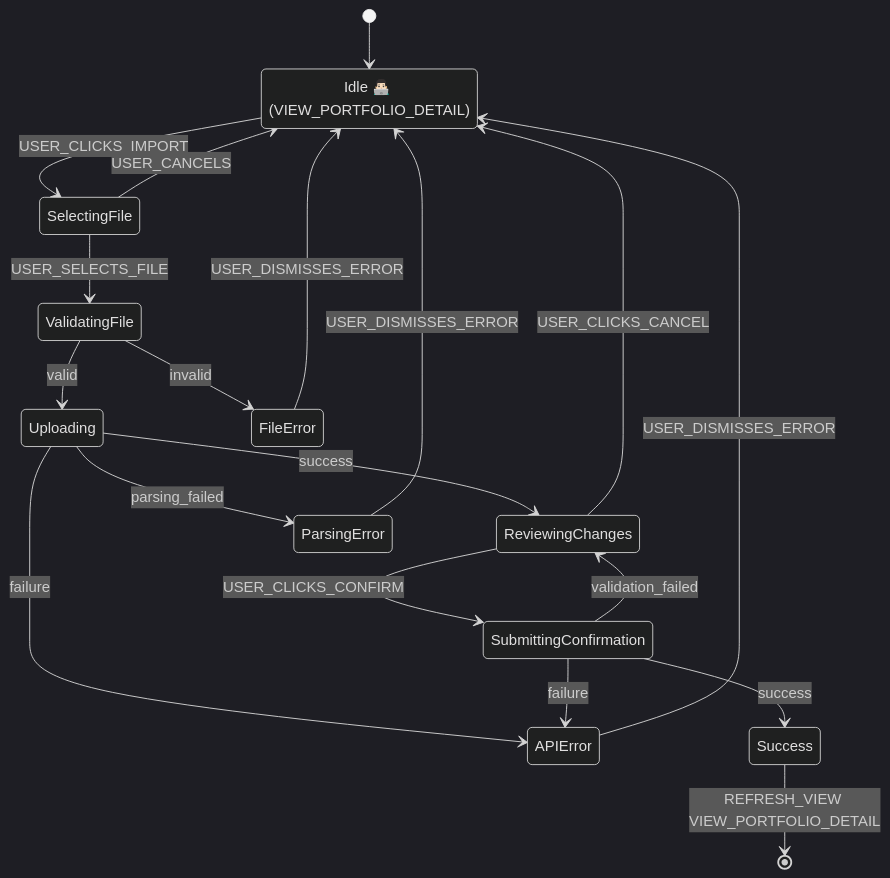
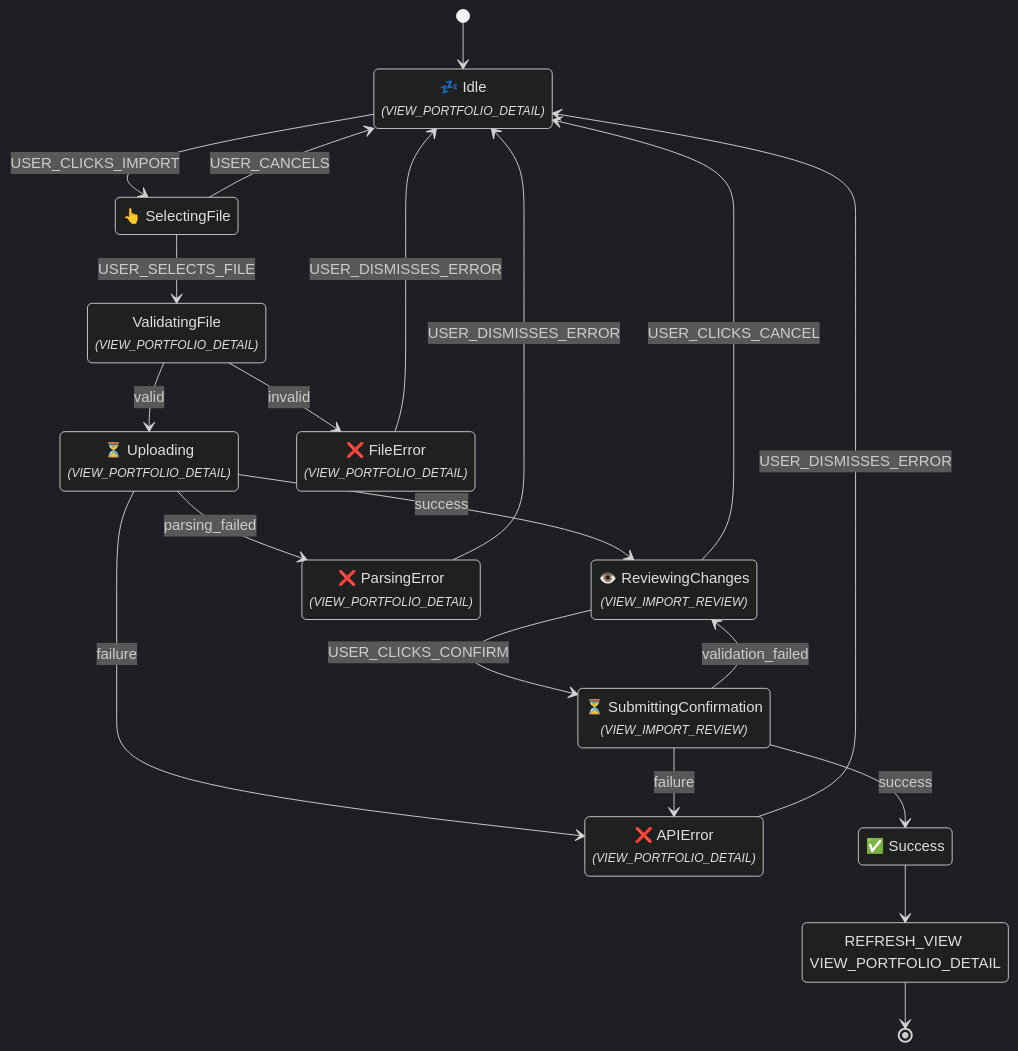
Diagram 11 of 21 in docs/ui_flow_diagrams.md (enzhao/Sentinel), drawn with Mermaid (dark theme) before and after one commit. The commit also changed other lines of this file and 6 other files, not shown here.

````diff
--- a/docs/ui_flow_diagrams.md
+++ b/docs/ui_flow_diagrams.md
@@ -109,22 +282,33 @@
 ```mermaid
 stateDiagram-v2
-    state "Idle 👨🏻‍💻 (VIEW_PORTFOLIO_DETAIL)" as Idle
     [*] --> Idle
+    state "💤 Idle<br/><font size="2"><i>(VIEW_PORTFOLIO_DETAIL)</i></font>" as Idle
     Idle --> SelectingFile : USER_CLICKS_IMPORT
+    state "👆 SelectingFile" as SelectingFile
     SelectingFile --> ValidatingFile : USER_SELECTS_FILE
     SelectingFile --> Idle : USER_CANCELS
+    state "ValidatingFile<br/><font size="2"><i>(VIEW_PORTFOLIO_DETAIL)</i></font>" as ValidatingFile
     ValidatingFile --> Uploading : valid
     ValidatingFile --> FileError : invalid
+    state "⏳ Uploading<br/><font size="2"><i>(VIEW_PORTFOLIO_DETAIL)</i></font>" as Uploading
     Uploading --> ReviewingChanges : success
     Uploading --> ParsingError : parsing_failed
     Uploading --> APIError : failure
+    state "👁️ ReviewingChanges<br/><font size="2"><i>(VIEW_IMPORT_REVIEW)</i></font>" as ReviewingChanges
     ReviewingChanges --> SubmittingConfirmation : USER_CLICKS_CONFIRM
     ReviewingChanges --> Idle : USER_CLICKS_CANCEL
+    state "⏳ SubmittingConfirmation<br/><font size="2"><i>(VIEW_IMPORT_REVIEW)</i></font>" as SubmittingConfirmation
     SubmittingConfirmation --> Success : success
     SubmittingConfirmation --> ReviewingChanges : validation_failed
     SubmittingConfirmation --> APIError : failure
-    Success --> [*] : REFRESH_VIEW VIEW_PORTFOLIO_DETAIL
+    state "✅ Success" as Success
+    state "REFRESH_VIEW VIEW_PORTFOLIO_DETAIL" as Success_exit_action
+    Success --> Success_exit_action
+    Success_exit_action --> [*]
+    state "❌ FileError<br/><font size="2"><i>(VIEW_PORTFOLIO_DETAIL)</i></font>" as FileError
     FileError --> Idle : USER_DISMISSES_ERROR
+    state "❌ ParsingError<br/><font size="2"><i>(VIEW_PORTFOLIO_DETAIL)</i></font>" as ParsingError
     ParsingError --> Idle : USER_DISMISSES_ERROR
+    state "❌ APIError<br/><font size="2"><i>(VIEW_PORTFOLIO_DETAIL)</i></font>" as APIError
     APIError --> Idle : USER_DISMISSES_ERROR
 ```
````
